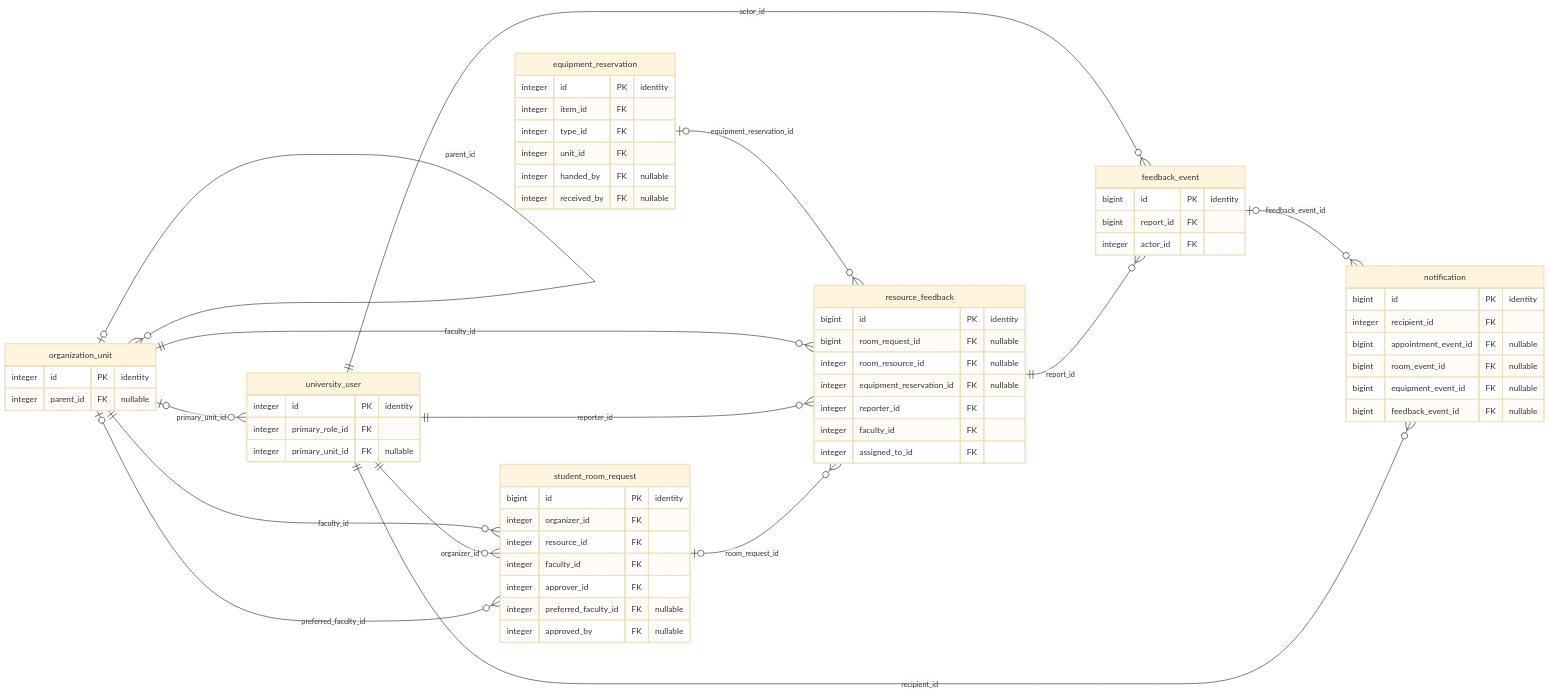
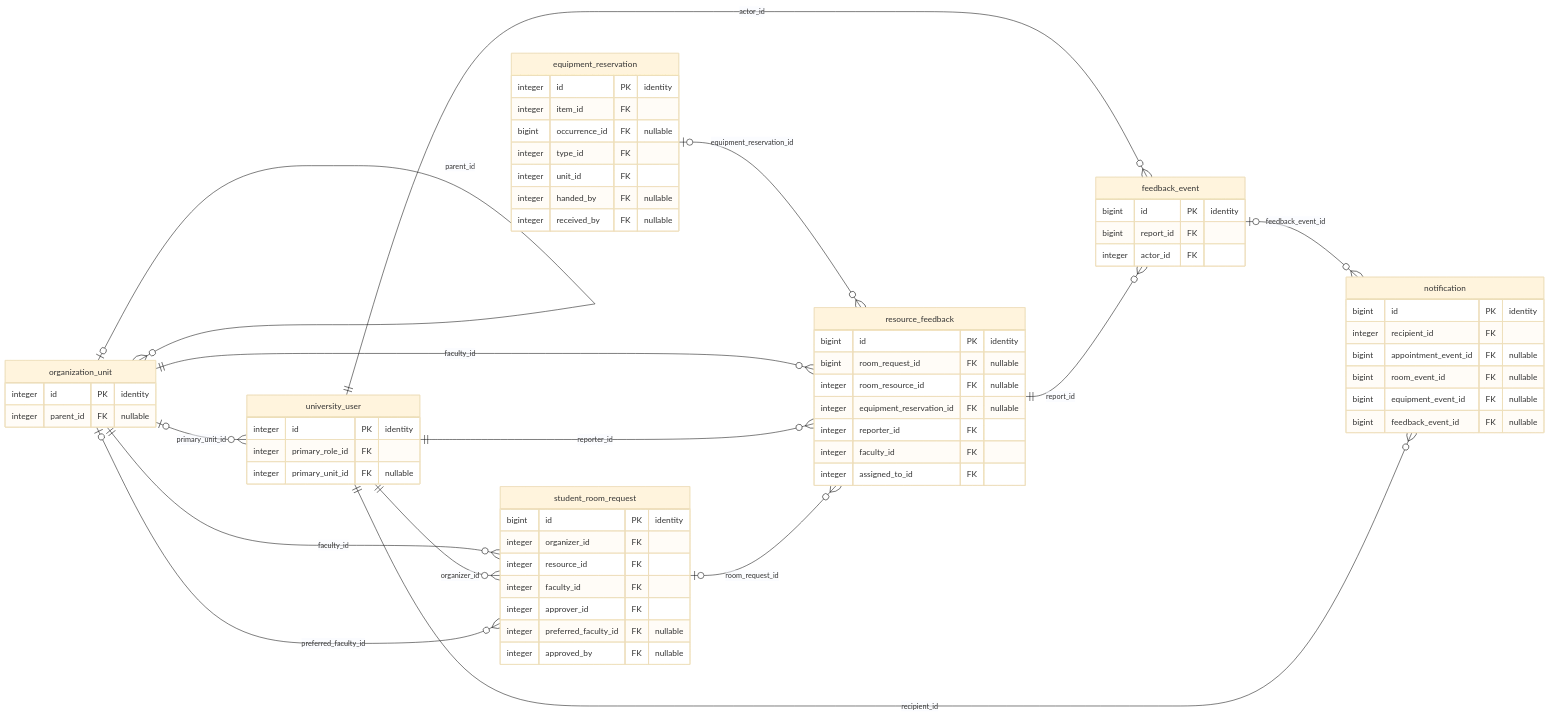
Before and after one commit to najib-attar/resource-allocation-system: the diagram in docs/architecture/feedback-er.mmd, drawn with Mermaid (base theme). The commit also changed 18 other files, not shown here.

```diff
--- a/docs/architecture/feedback-er.mmd
+++ b/docs/architecture/feedback-er.mmd
@@ -1,64 +1,65 @@
 %% Generated by scripts/generate_database_diagrams.py; do not edit manually.
 erDiagram
     direction LR
     equipment_reservation {
         integer id PK "identity"
         integer item_id FK
+        bigint occurrence_id FK "nullable"
         integer type_id FK
         integer unit_id FK
         integer handed_by FK "nullable"
         integer received_by FK "nullable"
     }
     feedback_event {
         bigint id PK "identity"
         bigint report_id FK
         integer actor_id FK
     }
     notification {
         bigint id PK "identity"
         integer recipient_id FK
         bigint appointment_event_id FK "nullable"
         bigint room_event_id FK "nullable"
         bigint equipment_event_id FK "nullable"
         bigint feedback_event_id FK "nullable"
     }
     organization_unit {
         integer id PK "identity"
         integer parent_id FK "nullable"
     }
     resource_feedback {
         bigint id PK "identity"
         bigint room_request_id FK "nullable"
         integer room_resource_id FK "nullable"
         integer equipment_reservation_id FK "nullable"
         integer reporter_id FK
         integer faculty_id FK
         integer assigned_to_id FK
     }
     student_room_request {
         bigint id PK "identity"
         integer organizer_id FK
         integer resource_id FK
         integer faculty_id FK
         integer approver_id FK
         integer preferred_faculty_id FK "nullable"
         integer approved_by FK "nullable"
     }
     university_user {
         integer id PK "identity"
         integer primary_role_id FK
         integer primary_unit_id FK "nullable"
     }
     university_user ||--o{ feedback_event : actor_id
     resource_feedback ||--o{ feedback_event : report_id
     feedback_event o|--o{ notification : feedback_event_id
     university_user ||--o{ notification : recipient_id
     organization_unit o|--o{ organization_unit : parent_id
     equipment_reservation o|--o{ resource_feedback : equipment_reservation_id
     organization_unit ||--o{ resource_feedback : faculty_id
     university_user ||--o{ resource_feedback : reporter_id
     student_room_request o|--o{ resource_feedback : room_request_id
     organization_unit ||--o{ student_room_request : faculty_id
     university_user ||--o{ student_room_request : organizer_id
     organization_unit o|--o{ student_room_request : preferred_faculty_id
     organization_unit o|--o{ university_user : primary_unit_id
```
